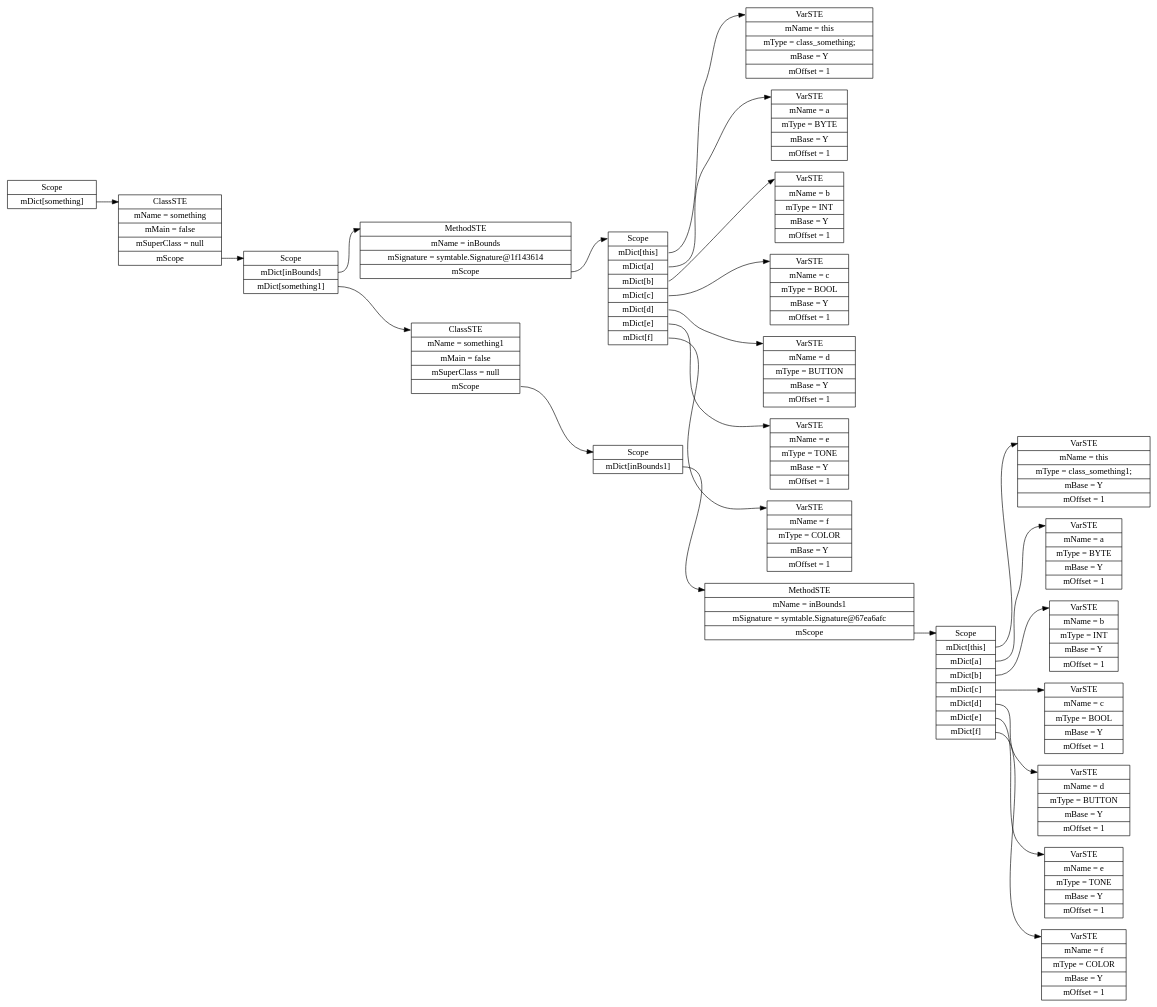
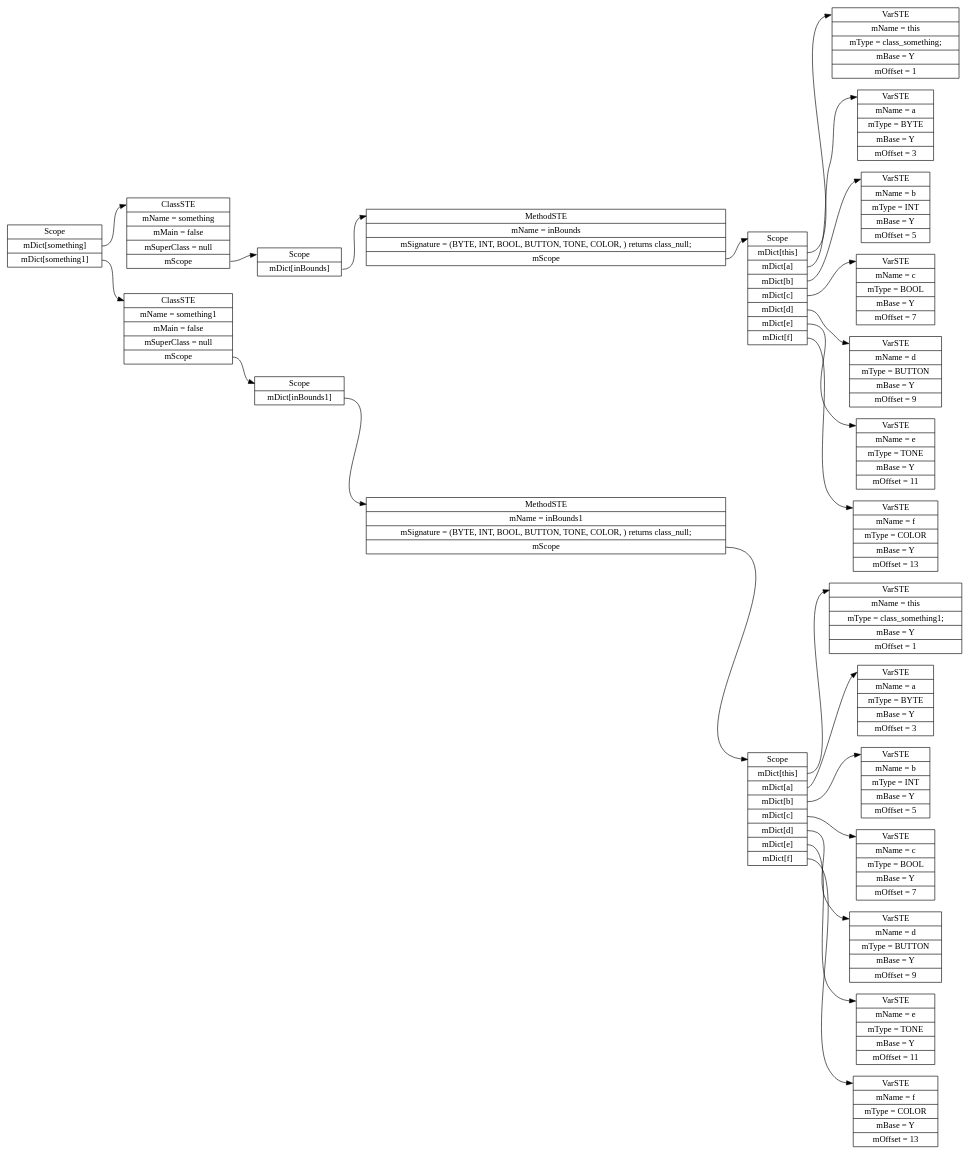
One commit to Ajith20/MeggyJava-compiler changed the diagram in PA4/PA4Example1.java.ST.dot. Above: the diagram before and after it, drawn with Graphviz. The commit also changed 16 other files, not shown here.

Commit message:
Symbol Type Complete with Offset

```diff
--- a/PA4/PA4Example1.java.ST.dot
+++ b/PA4/PA4Example1.java.ST.dot
@@ -1,49 +1,49 @@
 digraph SymTable {
 	graph [rankdir="LR"];
 	node [shape=record];
-	0 [label=" <f0> Scope | <f1> mDict\[something\] "];
+	0 [label=" <f0> Scope | <f1> mDict\[something\] | <f2> mDict\[something1\] "];
 	0:<f1> -> 1:<f0>;
 	1 [label=" <f0> ClassSTE | <f1> mName = something| <f2> mMain = false| <f3> mSuperClass = null| <f4> mScope "];
 	1:<f4> -> 2:<f0>;
-	2 [label=" <f0> Scope | <f1> mDict\[inBounds\] | <f2> mDict\[something1\] "];
+	2 [label=" <f0> Scope | <f1> mDict\[inBounds\] "];
 	2:<f1> -> 3:<f0>;
-	3 [label=" <f0> MethodSTE | <f1> mName = inBounds| <f2> mSignature = symtable.Signature@1f143614| <f3> mScope "];
+	3 [label=" <f0> MethodSTE | <f1> mName = inBounds| <f2> mSignature = (BYTE, INT, BOOL, BUTTON, TONE, COLOR, ) returns class_null;| <f3> mScope "];
 	3:<f3> -> 4:<f0>;
 	4 [label=" <f0> Scope | <f1> mDict\[this\] | <f2> mDict\[a\] | <f3> mDict\[b\] | <f4> mDict\[c\] | <f5> mDict\[d\] | <f6> mDict\[e\] | <f7> mDict\[f\] "];
 	4:<f1> -> 5:<f0>;
 	5 [label=" <f0> VarSTE | <f1> mName = this| <f2> mType = class_something;| <f3> mBase = Y| <f4> mOffset = 1"];
 	4:<f2> -> 6:<f0>;
-	6 [label=" <f0> VarSTE | <f1> mName = a| <f2> mType = BYTE| <f3> mBase = Y| <f4> mOffset = 1"];
+	6 [label=" <f0> VarSTE | <f1> mName = a| <f2> mType = BYTE| <f3> mBase = Y| <f4> mOffset = 3"];
 	4:<f3> -> 7:<f0>;
-	7 [label=" <f0> VarSTE | <f1> mName = b| <f2> mType = INT| <f3> mBase = Y| <f4> mOffset = 1"];
+	7 [label=" <f0> VarSTE | <f1> mName = b| <f2> mType = INT| <f3> mBase = Y| <f4> mOffset = 5"];
 	4:<f4> -> 8:<f0>;
-	8 [label=" <f0> VarSTE | <f1> mName = c| <f2> mType = BOOL| <f3> mBase = Y| <f4> mOffset = 1"];
+	8 [label=" <f0> VarSTE | <f1> mName = c| <f2> mType = BOOL| <f3> mBase = Y| <f4> mOffset = 7"];
 	4:<f5> -> 9:<f0>;
-	9 [label=" <f0> VarSTE | <f1> mName = d| <f2> mType = BUTTON| <f3> mBase = Y| <f4> mOffset = 1"];
+	9 [label=" <f0> VarSTE | <f1> mName = d| <f2> mType = BUTTON| <f3> mBase = Y| <f4> mOffset = 9"];
 	4:<f6> -> 10:<f0>;
-	10 [label=" <f0> VarSTE | <f1> mName = e| <f2> mType = TONE| <f3> mBase = Y| <f4> mOffset = 1"];
+	10 [label=" <f0> VarSTE | <f1> mName = e| <f2> mType = TONE| <f3> mBase = Y| <f4> mOffset = 11"];
 	4:<f7> -> 11:<f0>;
-	11 [label=" <f0> VarSTE | <f1> mName = f| <f2> mType = COLOR| <f3> mBase = Y| <f4> mOffset = 1"];
-	2:<f2> -> 12:<f0>;
+	11 [label=" <f0> VarSTE | <f1> mName = f| <f2> mType = COLOR| <f3> mBase = Y| <f4> mOffset = 13"];
+	0:<f2> -> 12:<f0>;
 	12 [label=" <f0> ClassSTE | <f1> mName = something1| <f2> mMain = false| <f3> mSuperClass = null| <f4> mScope "];
 	12:<f4> -> 13:<f0>;
 	13 [label=" <f0> Scope | <f1> mDict\[inBounds1\] "];
 	13:<f1> -> 14:<f0>;
-	14 [label=" <f0> MethodSTE | <f1> mName = inBounds1| <f2> mSignature = symtable.Signature@67ea6afc| <f3> mScope "];
+	14 [label=" <f0> MethodSTE | <f1> mName = inBounds1| <f2> mSignature = (BYTE, INT, BOOL, BUTTON, TONE, COLOR, ) returns class_null;| <f3> mScope "];
 	14:<f3> -> 15:<f0>;
 	15 [label=" <f0> Scope | <f1> mDict\[this\] | <f2> mDict\[a\] | <f3> mDict\[b\] | <f4> mDict\[c\] | <f5> mDict\[d\] | <f6> mDict\[e\] | <f7> mDict\[f\] "];
 	15:<f1> -> 16:<f0>;
 	16 [label=" <f0> VarSTE | <f1> mName = this| <f2> mType = class_something1;| <f3> mBase = Y| <f4> mOffset = 1"];
 	15:<f2> -> 17:<f0>;
-	17 [label=" <f0> VarSTE | <f1> mName = a| <f2> mType = BYTE| <f3> mBase = Y| <f4> mOffset = 1"];
+	17 [label=" <f0> VarSTE | <f1> mName = a| <f2> mType = BYTE| <f3> mBase = Y| <f4> mOffset = 3"];
 	15:<f3> -> 18:<f0>;
-	18 [label=" <f0> VarSTE | <f1> mName = b| <f2> mType = INT| <f3> mBase = Y| <f4> mOffset = 1"];
+	18 [label=" <f0> VarSTE | <f1> mName = b| <f2> mType = INT| <f3> mBase = Y| <f4> mOffset = 5"];
 	15:<f4> -> 19:<f0>;
-	19 [label=" <f0> VarSTE | <f1> mName = c| <f2> mType = BOOL| <f3> mBase = Y| <f4> mOffset = 1"];
+	19 [label=" <f0> VarSTE | <f1> mName = c| <f2> mType = BOOL| <f3> mBase = Y| <f4> mOffset = 7"];
 	15:<f5> -> 20:<f0>;
-	20 [label=" <f0> VarSTE | <f1> mName = d| <f2> mType = BUTTON| <f3> mBase = Y| <f4> mOffset = 1"];
+	20 [label=" <f0> VarSTE | <f1> mName = d| <f2> mType = BUTTON| <f3> mBase = Y| <f4> mOffset = 9"];
 	15:<f6> -> 21:<f0>;
-	21 [label=" <f0> VarSTE | <f1> mName = e| <f2> mType = TONE| <f3> mBase = Y| <f4> mOffset = 1"];
+	21 [label=" <f0> VarSTE | <f1> mName = e| <f2> mType = TONE| <f3> mBase = Y| <f4> mOffset = 11"];
 	15:<f7> -> 22:<f0>;
-	22 [label=" <f0> VarSTE | <f1> mName = f| <f2> mType = COLOR| <f3> mBase = Y| <f4> mOffset = 1"];
+	22 [label=" <f0> VarSTE | <f1> mName = f| <f2> mType = COLOR| <f3> mBase = Y| <f4> mOffset = 13"];
 }
```
